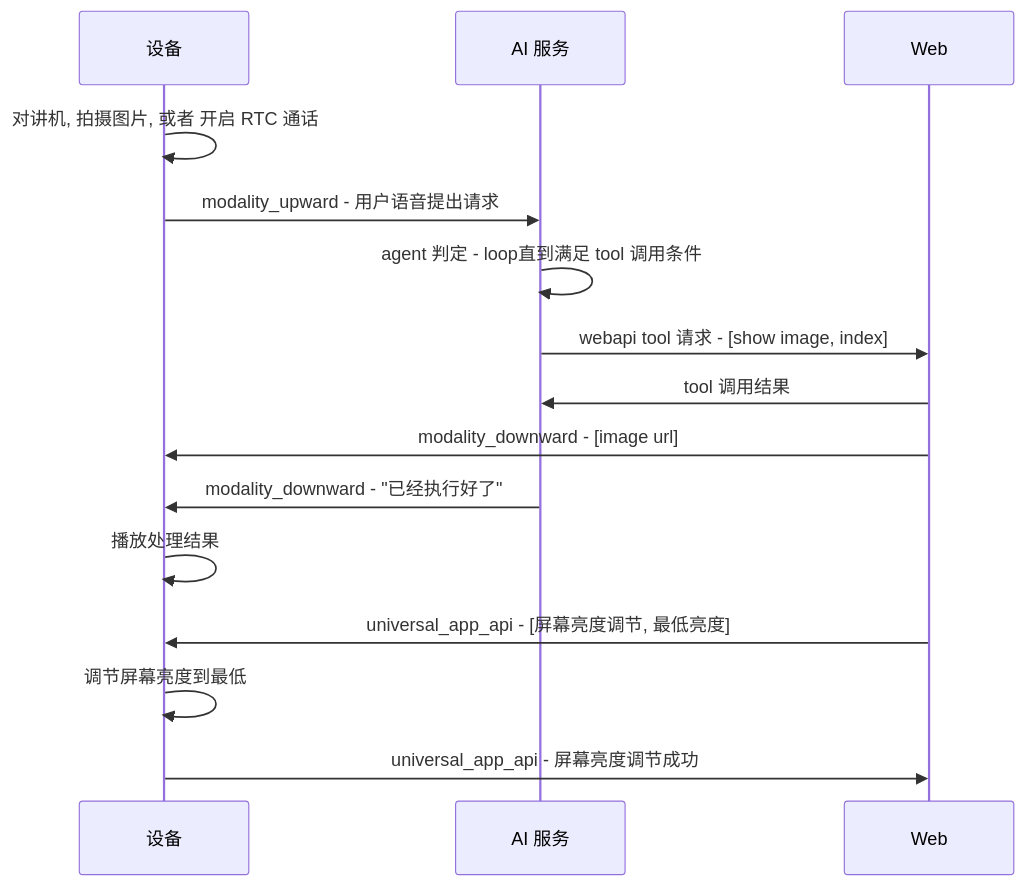
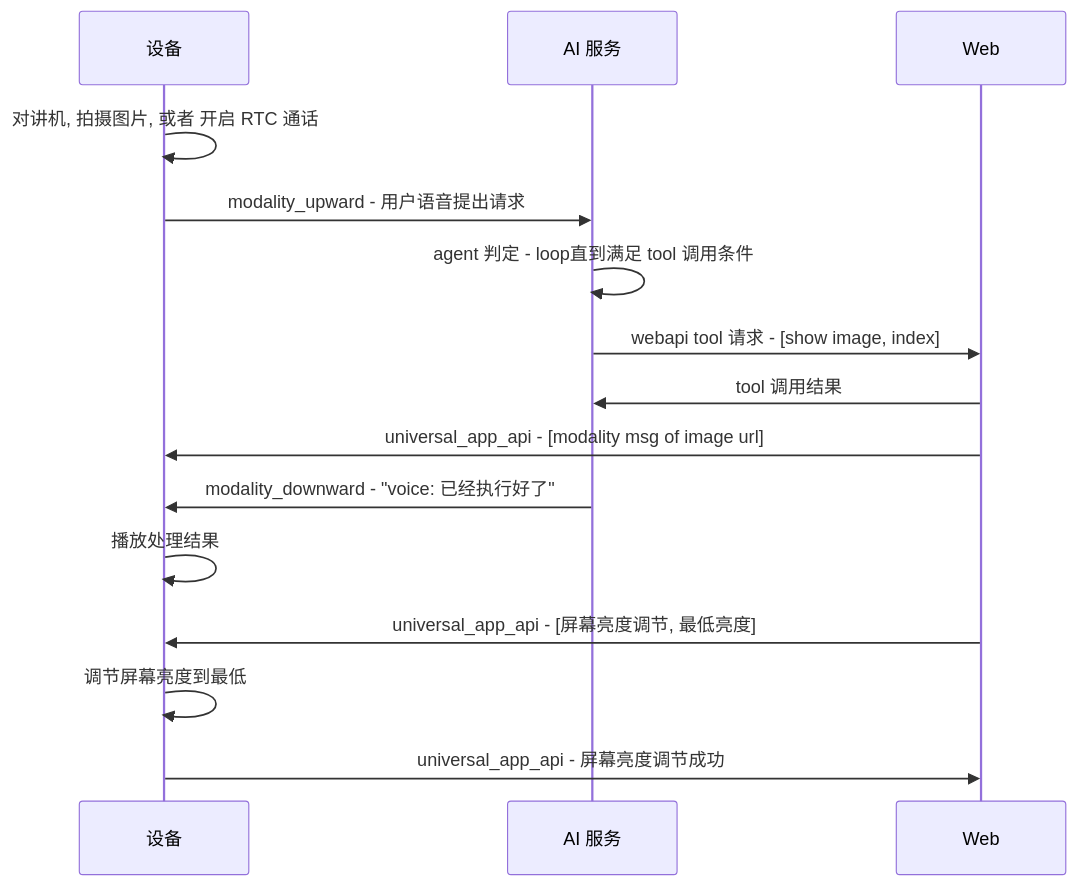
One commit to shaojun/open_docs changed the sixth of 9 diagrams in projects/commercial/USER_STORY.md. Above: the diagram before and after it, drawn with Mermaid. The commit also changed other lines of this file and 1 other file, not shown here.

````diff
--- a/projects/commercial/USER_STORY.md
+++ b/projects/commercial/USER_STORY.md
@@ -96,16 +97,16 @@
 ```mermaid
 sequenceDiagram
     participant Device as 设备
     participant AIService as AI 服务
     Device->>Device: 对讲机, 拍摄图片, 或者 开启 RTC 通话
     Device->>AIService: modality_upward - 用户语音提出请求
     AIService->>AIService: agent 判定 - loop直到满足 tool 调用条件
     AIService->>Web: webapi tool 请求 - [show image, index]
     Web->>AIService: tool 调用结果
-    Web->>Device: modality_downward - [image url]
-    AIService->>Device: modality_downward - "已经执行好了"
+    Web->>Device: universal_app_api - [modality msg of image url]
+    AIService->>Device: modality_downward - "voice: 已经执行好了"
     Device->>Device: 播放处理结果
     Web->>Device: universal_app_api - [屏幕亮度调节, 最低亮度]
     Device->>Device: 调节屏幕亮度到最低
     Device->>Web: universal_app_api - 屏幕亮度调节成功
 ```
````
